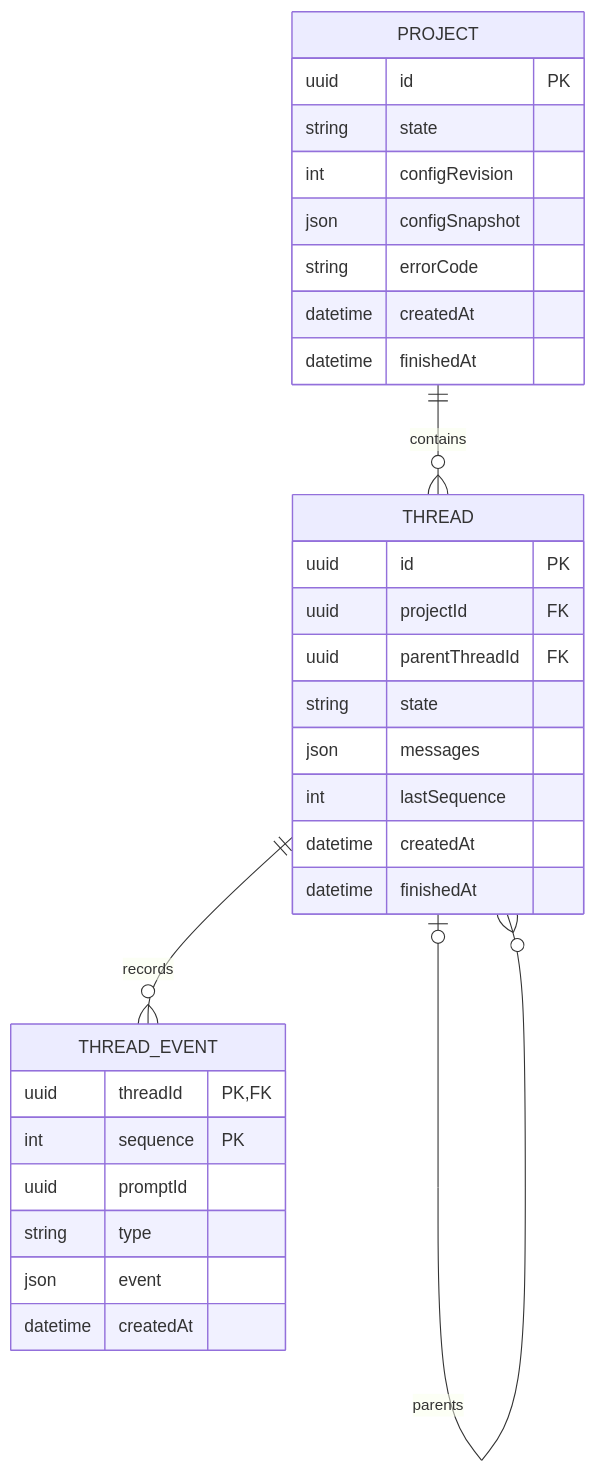
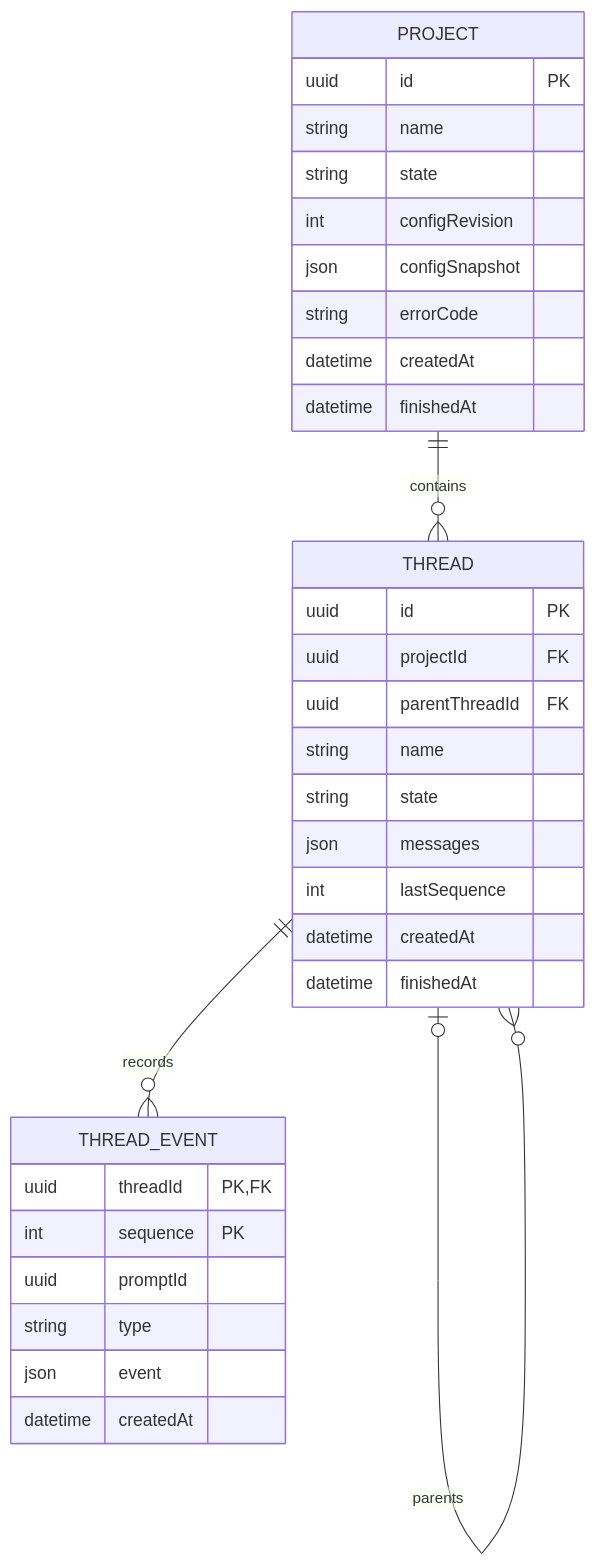
The second of 3 diagrams in docs/03-tdd/05-project-thread-architecture.md (joaoscheuermann/doric), drawn with Mermaid before and after one commit. The commit also changed other lines of this file and 3 other files, not shown here.

````diff
--- a/docs/03-tdd/05-project-thread-architecture.md
+++ b/docs/03-tdd/05-project-thread-architecture.md
@@ -116,36 +116,38 @@
 ```mermaid
 erDiagram
     PROJECT ||--o{ THREAD : contains
     THREAD o|--o{ THREAD : parents
     THREAD ||--o{ THREAD_EVENT : records
 
     PROJECT {
         uuid id PK
+        string name
         string state
         int configRevision
         json configSnapshot
         string errorCode
         datetime createdAt
         datetime finishedAt
     }
 
     THREAD {
         uuid id PK
         uuid projectId FK
         uuid parentThreadId FK
+        string name
         string state
         json messages
         int lastSequence
         datetime createdAt
         datetime finishedAt
     }
 
     THREAD_EVENT {
         uuid threadId PK, FK
         int sequence PK
         uuid promptId
         string type
         json event
         datetime createdAt
     }
 ```
````
